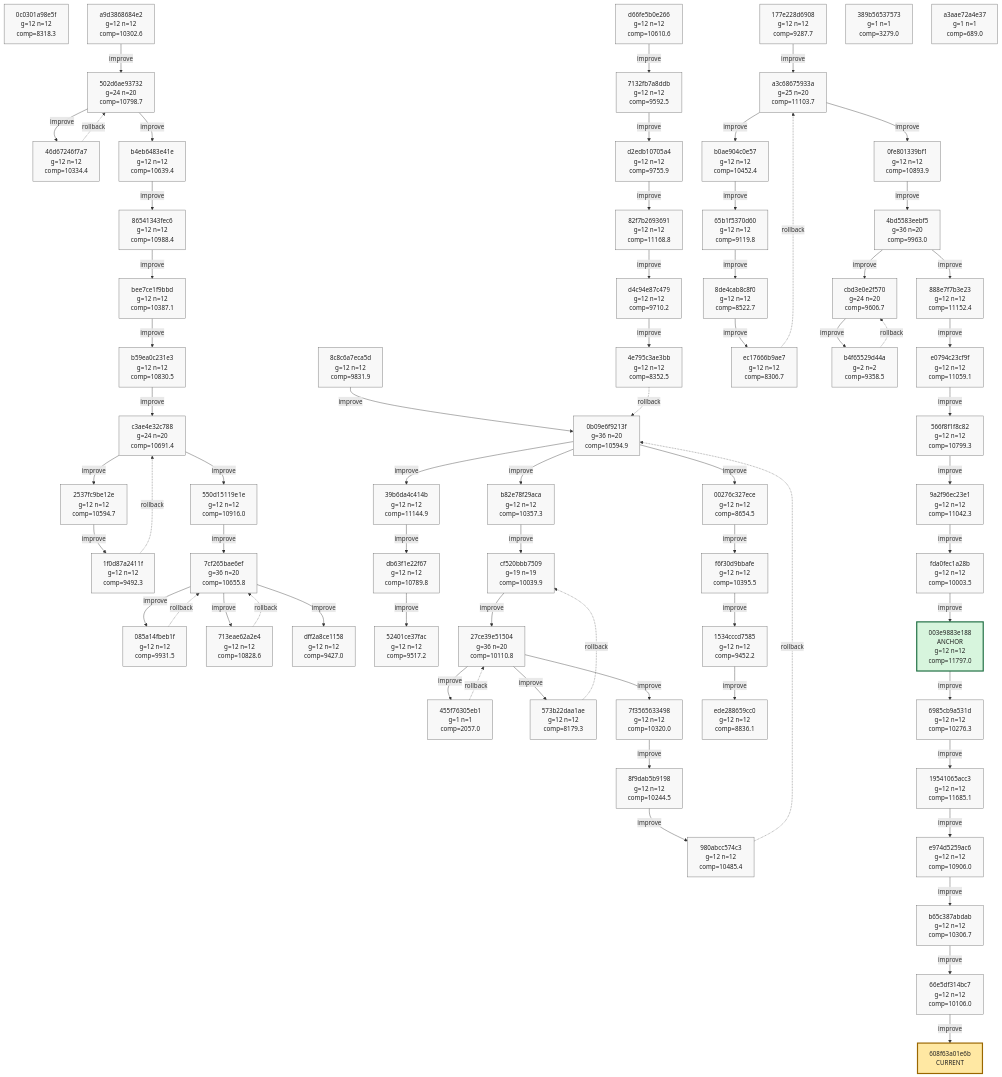
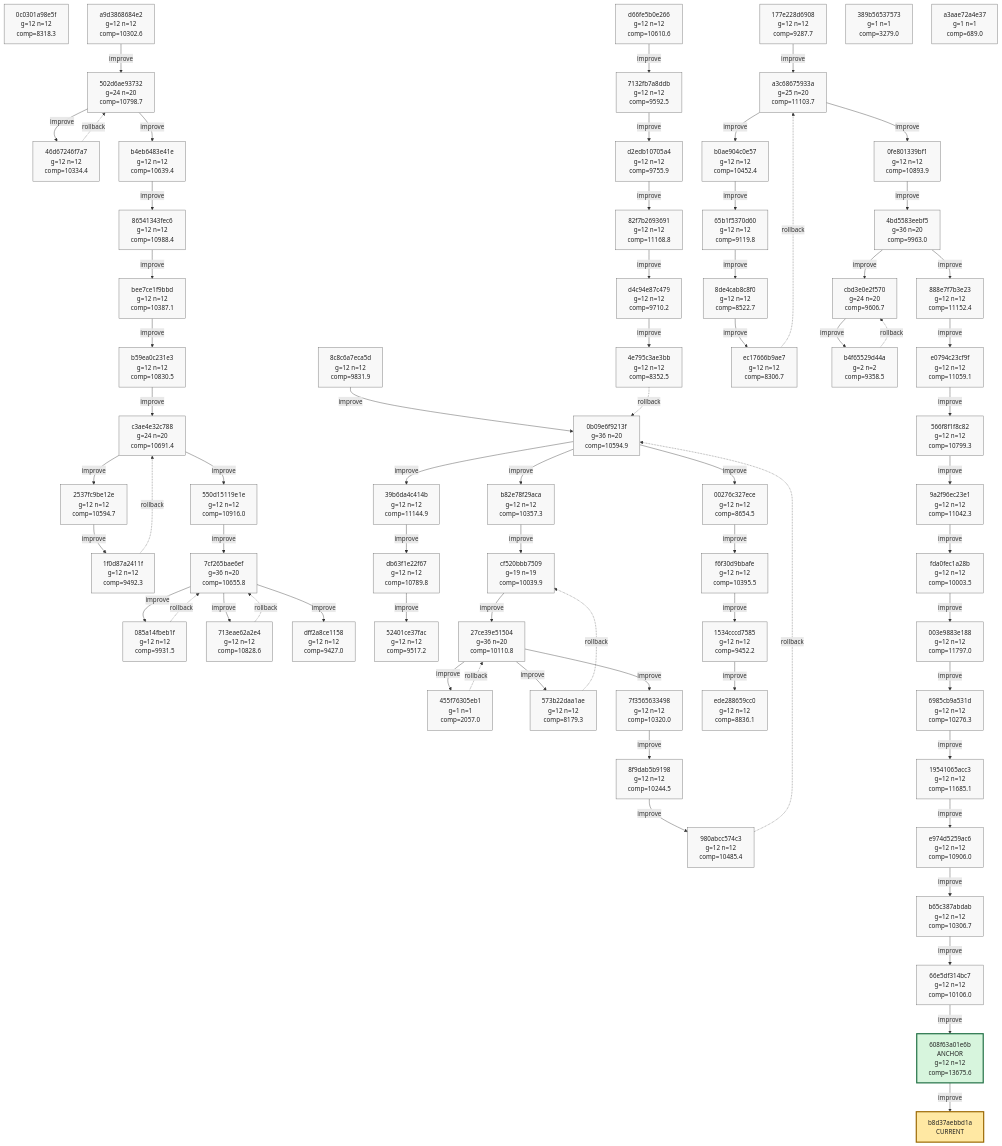
One commit to azumag/soviet_now changed the tenth of 10 diagrams in phyrogenetic-tree.md. Above: the diagram before and after it, drawn with Mermaid. The commit also changed other lines of this file and 2 other files, not shown here.

Commit message:
eloop Improve after 12 games (scores: 11813 9725 21807 18850 16771 12895 15700 14238 17305 14174 10295 14312)

````diff
--- a/phyrogenetic-tree.md
+++ b/phyrogenetic-tree.md
@@ -2583,15 +2584,16 @@
     h_566f8f1f8c82["566f8f1f8c82<br/>g=12 n=12<br/>comp=10799.3"]
     h_9a2f96ec23e1["9a2f96ec23e1<br/>g=12 n=12<br/>comp=11042.3"]
     h_fda0fec1a28b["fda0fec1a28b<br/>g=12 n=12<br/>comp=10003.5"]
-    h_003e9883e188["003e9883e188<br/>ANCHOR<br/>g=12 n=12<br/>comp=11797.0"]
+    h_003e9883e188["003e9883e188<br/>g=12 n=12<br/>comp=11797.0"]
     h_6985cb9a531d["6985cb9a531d<br/>g=12 n=12<br/>comp=10276.3"]
     h_19541065acc3["19541065acc3<br/>g=12 n=12<br/>comp=11685.1"]
     h_e974d5259ac6["e974d5259ac6<br/>g=12 n=12<br/>comp=10906.0"]
     h_b65c387abdab["b65c387abdab<br/>g=12 n=12<br/>comp=10306.7"]
     h_66e5df314bc7["66e5df314bc7<br/>g=12 n=12<br/>comp=10106.0"]
+    h_608f63a01e6b["608f63a01e6b<br/>ANCHOR<br/>g=12 n=12<br/>comp=13675.6"]
     h_389b56537573["389b56537573<br/>g=1 n=1<br/>comp=3279.0"]
     h_a3aae72a4e37["a3aae72a4e37<br/>g=1 n=1<br/>comp=689.0"]
-    h_608f63a01e6b["608f63a01e6b<br/>CURRENT"]
+    h_b8d37aebbd1a["b8d37aebbd1a<br/>CURRENT"]
 
     h_a9d3868684e2 -->|improve| h_502d6ae93732
     h_502d6ae93732 -->|improve| h_46d67246f7a7
@@ -2659,6 +2661,7 @@
     h_e974d5259ac6 -->|improve| h_b65c387abdab
     h_b65c387abdab -->|improve| h_66e5df314bc7
     h_66e5df314bc7 -->|improve| h_608f63a01e6b
+    h_608f63a01e6b -->|improve| h_b8d37aebbd1a
 
     classDef plain fill:#f8f8f8,stroke:#666,stroke-width:1px,color:#222;
     classDef current fill:#ffe8a3,stroke:#9a6700,stroke-width:3px,color:#222;
@@ -2719,13 +2722,14 @@
     class h_566f8f1f8c82 plain;
     class h_9a2f96ec23e1 plain;
     class h_fda0fec1a28b plain;
-    class h_003e9883e188 anchor;
+    class h_003e9883e188 plain;
     class h_6985cb9a531d plain;
     class h_19541065acc3 plain;
     class h_e974d5259ac6 plain;
     class h_b65c387abdab plain;
     class h_66e5df314bc7 plain;
+    class h_608f63a01e6b anchor;
     class h_389b56537573 plain;
     class h_a3aae72a4e37 plain;
-    class h_608f63a01e6b current;
+    class h_b8d37aebbd1a current;
 ```
````
